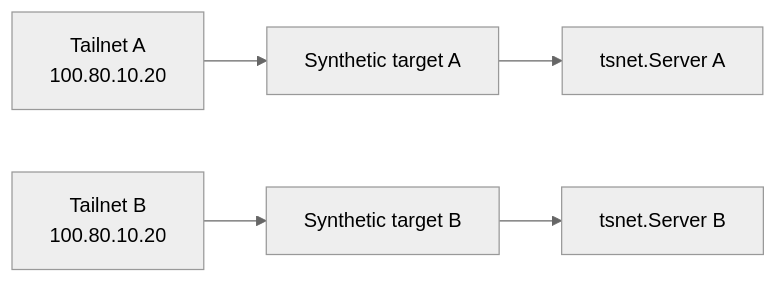
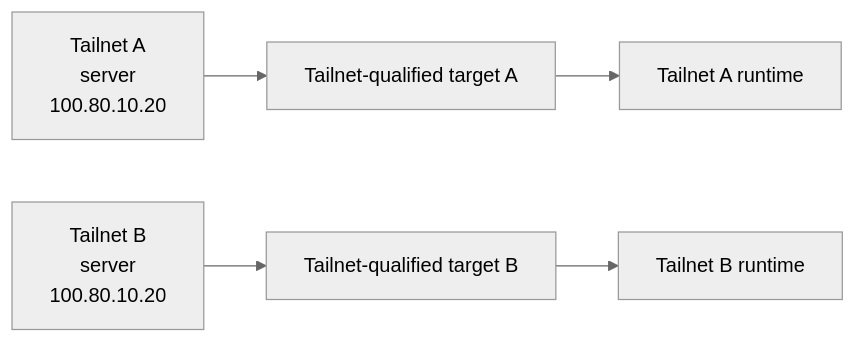
Before and after one commit to franticplant/tailmesh-android: the third of 4 diagrams in README.md, drawn with Mermaid (neutral theme). The commit also changed other lines of this file, not shown here.

Commit message:
README: lead with multi-Tailnet behavior and per-app routing

````diff
--- a/README.md
+++ b/README.md
@@ -135,14 +88,14 @@
 ```mermaid
 flowchart LR
-    A["Tailnet A<br/>100.80.10.20"]
-    B["Tailnet B<br/>100.80.10.20"]
+    TA["Tailnet A<br/>server<br/>100.80.10.20"]
+    TB["Tailnet B<br/>server<br/>100.80.10.20"]
 
-    SA["Synthetic target A"]
-    SB["Synthetic target B"]
+    SA["Tailnet-qualified target A"]
+    SB["Tailnet-qualified target B"]
 
-    RA["tsnet.Server A"]
-    RB["tsnet.Server B"]
+    RA["Tailnet A runtime"]
+    RB["Tailnet B runtime"]
 
-    A --> SA --> RA
-    B --> SB --> RB
+    TA --> SA --> RA
+    TB --> SB --> RB
 ```
````
